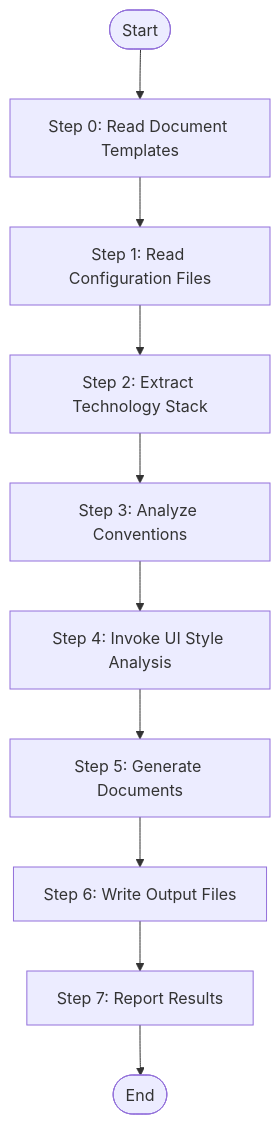
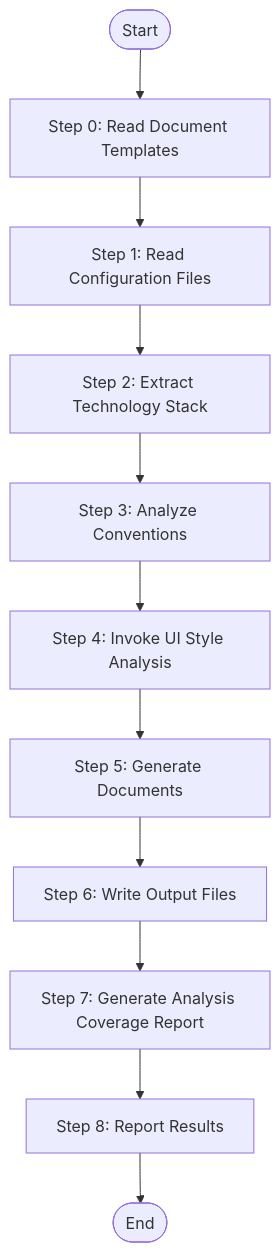
One commit to charlesmu99/speccrew changed the diagram in .speccrew/skills/speccrew-knowledge-techs-generate/SKILL.md. Above: the diagram before and after it, drawn with Mermaid. The commit also changed other lines of this file and 49 other files, not shown here.

````diff
--- a/.speccrew/skills/speccrew-knowledge-techs-generate/SKILL.md
+++ b/.speccrew/skills/speccrew-knowledge-techs-generate/SKILL.md
@@ -107,12 +115,13 @@
 ```mermaid
 flowchart TD
     Start([Start]) --> Step0[Step 0: Read Document Templates]
     Step0 --> Step1[Step 1: Read Configuration Files]
     Step1 --> Step2[Step 2: Extract Technology Stack]
     Step2 --> Step3[Step 3: Analyze Conventions]
     Step3 --> Step4[Step 4: Invoke UI Style Analysis]
     Step4 --> Step5[Step 5: Generate Documents]
     Step5 --> Step6[Step 6: Write Output Files]
-    Step6 --> Step7[Step 7: Report Results]
-    Step7 --> End([End])
+    Step6 --> Step7[Step 7: Generate Analysis Coverage Report]
+    Step7 --> Step8[Step 8: Report Results]
+    Step8 --> End([End])
 ```
````
